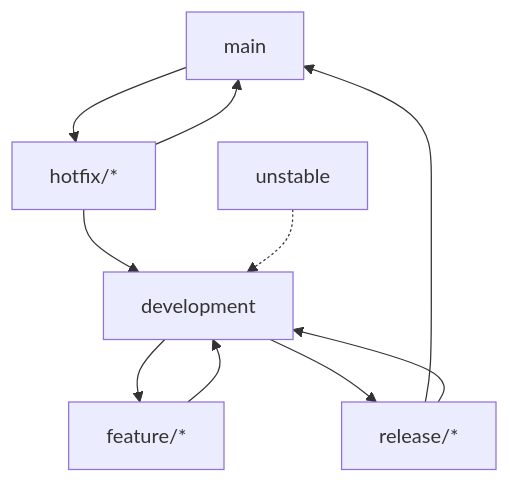
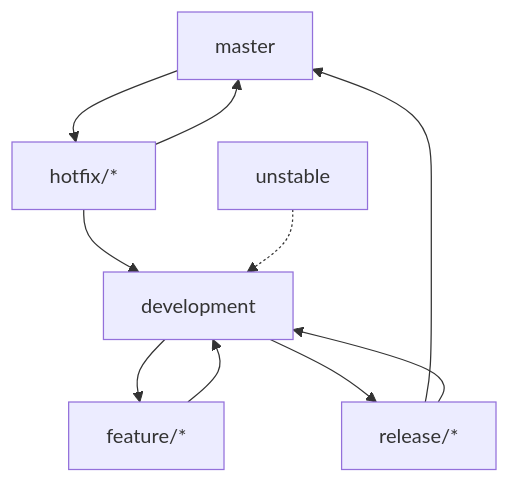
The diagram in BRANCHING_STRATEGY.md (uttampaliwal/NewOS), drawn with Mermaid before and after one commit. The commit also changed other lines of this file and 4 other files, not shown here.

````diff
--- a/BRANCHING_STRATEGY.md
+++ b/BRANCHING_STRATEGY.md
@@ -29,19 +29,19 @@
 ```mermaid
 graph TD
-    Main[main]
+    Main[master]
     Dev[development]
     Unstable[unstable]
     Feature[feature/*]
     Hotfix[hotfix/*]
     Release[release/*]
 
     Dev --> Feature
     Feature --> Dev
     Dev --> Release
     Release --> Main
     Release --> Dev
     Main --> Hotfix
     Hotfix --> Main
     Hotfix --> Dev
     Unstable -.-> Dev
 ```
````
